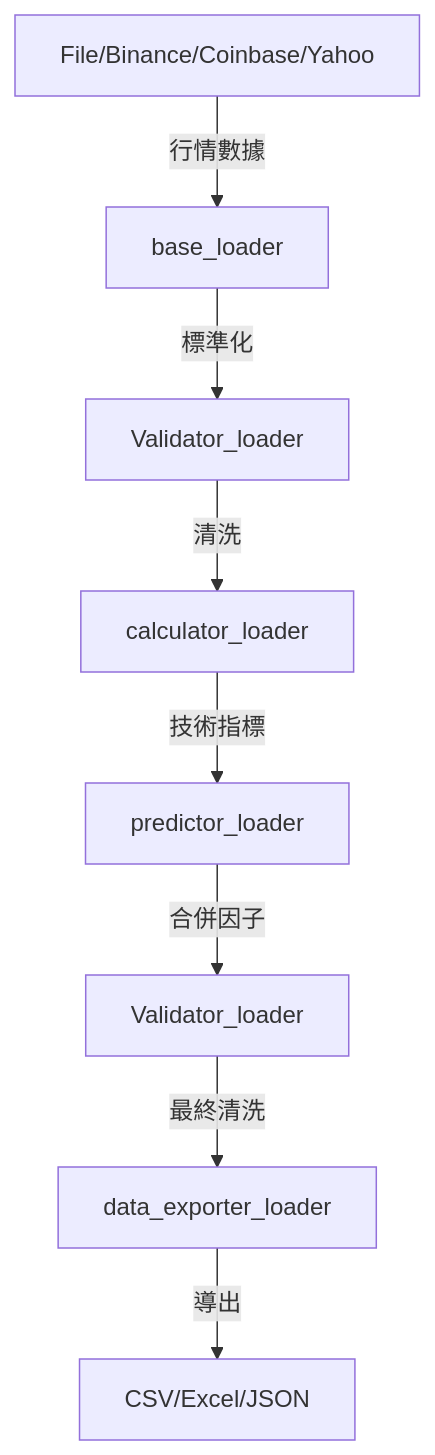
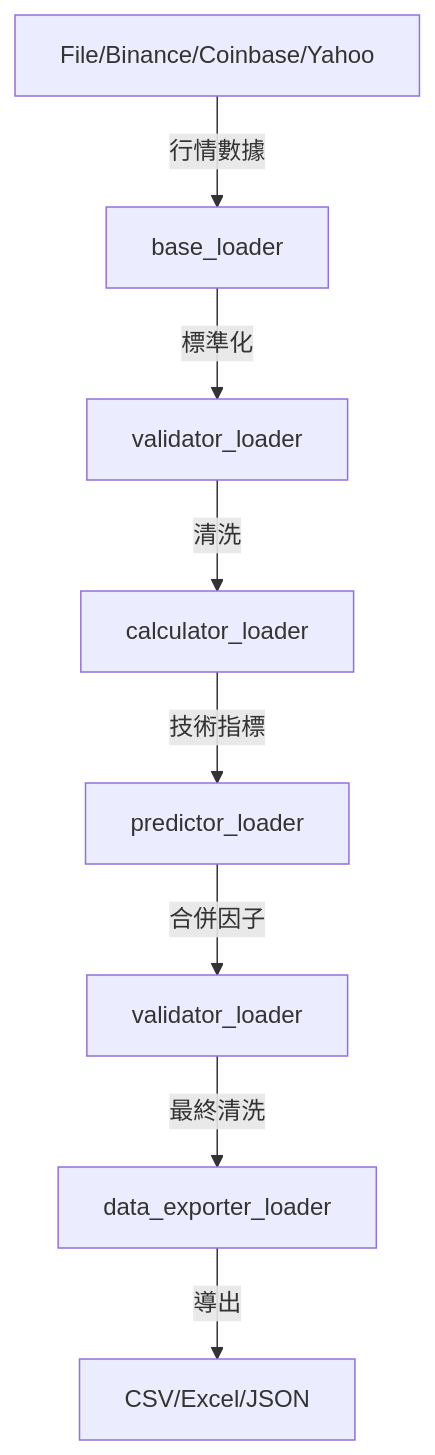
Before and after one commit to lo2cin4/lo2cin4bt: the diagram in dataloader/README.md, drawn with Mermaid. The commit also changed other lines of this file and 7 other files, not shown here.

Commit message:
chore: rename validator loader to lower snake case

````diff
--- a/dataloader/README.md
+++ b/dataloader/README.md
@@ -99,10 +99,10 @@
 ```mermaid
 flowchart TD
     A[File/Binance/Coinbase/Yahoo] -->|行情數據| B[base_loader]
-    B -->|標準化| C[Validator_loader]
+    B -->|標準化| C[validator_loader]
     C -->|清洗| D[calculator_loader]
     D -->|技術指標| E[predictor_loader]
-    E -->|合併因子| F[Validator_loader]
+    E -->|合併因子| F[validator_loader]
     F -->|最終清洗| G[data_exporter_loader]
     G -->|導出| H[CSV/Excel/JSON]
 ```
````
